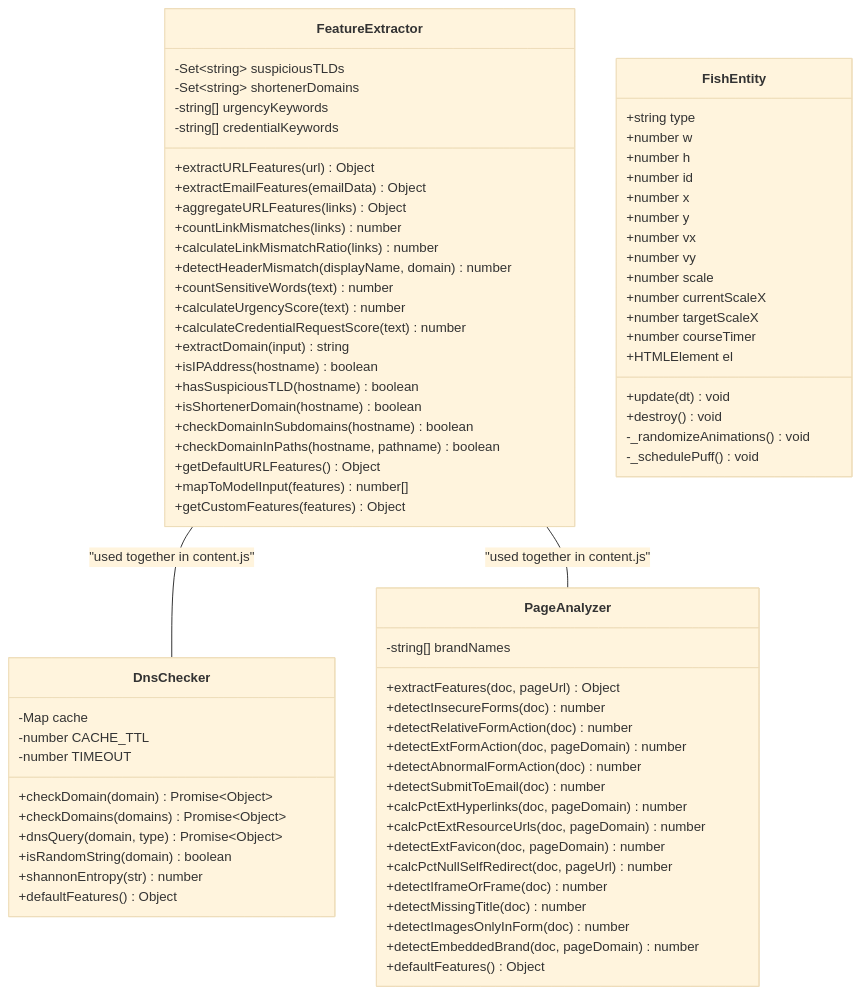
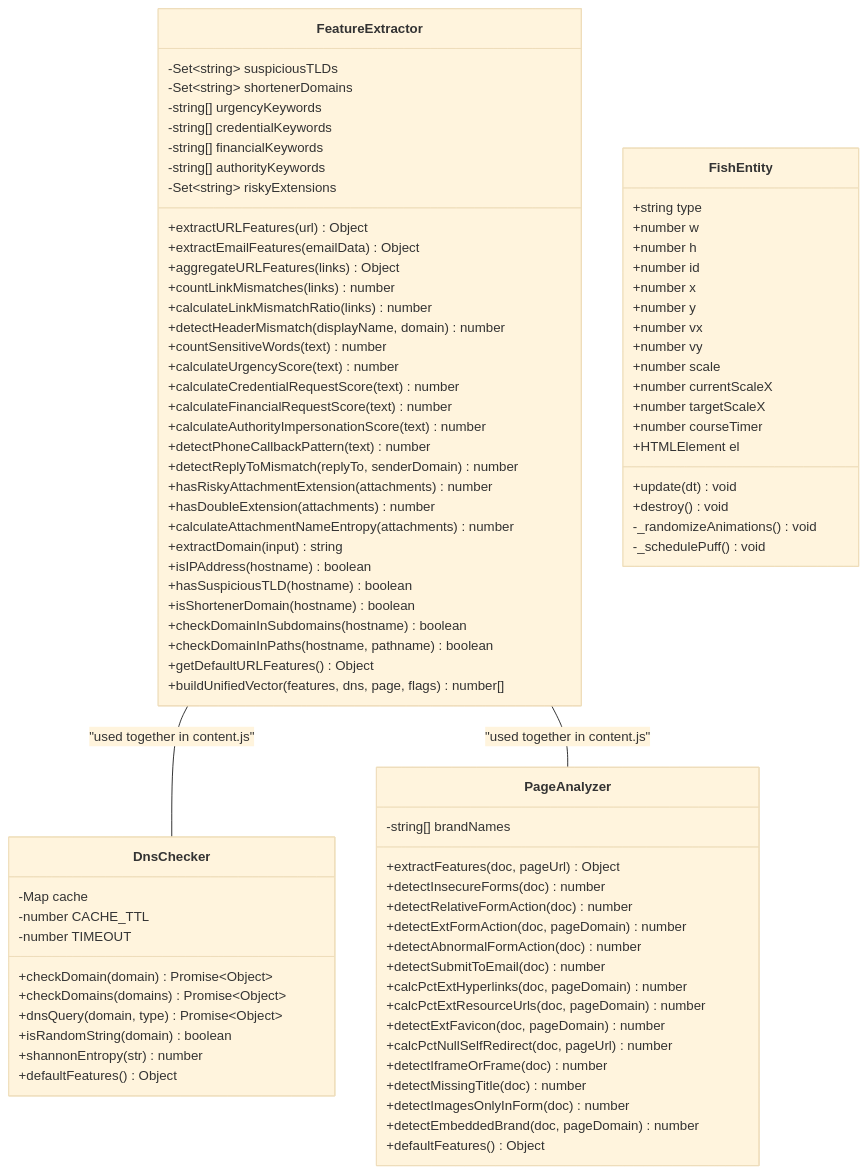
One commit to TyFarrington/GoPhishFree changed the third of 10 diagrams in ARCHITECTURE.md. Above: the diagram before and after it, drawn with Mermaid (base theme). The commit also changed other lines of this file and 24 other files, not shown here.

Commit message:
Add unified ML model, AI enhancement (BYOK), trusted domains, and regenerated architecture assets

```diff
--- a/ARCHITECTURE.md
+++ b/ARCHITECTURE.md
@@ -131,6 +159,9 @@
         -Set~string~ shortenerDomains
         -string[] urgencyKeywords
         -string[] credentialKeywords
+        -string[] financialKeywords
+        -string[] authorityKeywords
+        -Set~string~ riskyExtensions
         +extractURLFeatures(url) Object
         +extractEmailFeatures(emailData) Object
         +aggregateURLFeatures(links) Object
@@ -140,6 +171,13 @@
         +countSensitiveWords(text) number
         +calculateUrgencyScore(text) number
         +calculateCredentialRequestScore(text) number
+        +calculateFinancialRequestScore(text) number
+        +calculateAuthorityImpersonationScore(text) number
+        +detectPhoneCallbackPattern(text) number
+        +detectReplyToMismatch(replyTo, senderDomain) number
+        +hasRiskyAttachmentExtension(attachments) number
+        +hasDoubleExtension(attachments) number
+        +calculateAttachmentNameEntropy(attachments) number
         +extractDomain(input) string
         +isIPAddress(hostname) boolean
         +hasSuspiciousTLD(hostname) boolean
@@ -147,8 +185,7 @@
         +checkDomainInSubdomains(hostname) boolean
         +checkDomainInPaths(hostname, pathname) boolean
         +getDefaultURLFeatures() Object
-        +mapToModelInput(features) number[]
-        +getCustomFeatures(features) Object
+        +buildUnifiedVector(features, dns, page, flags) number[]
     }
 
     class DnsChecker {
```
